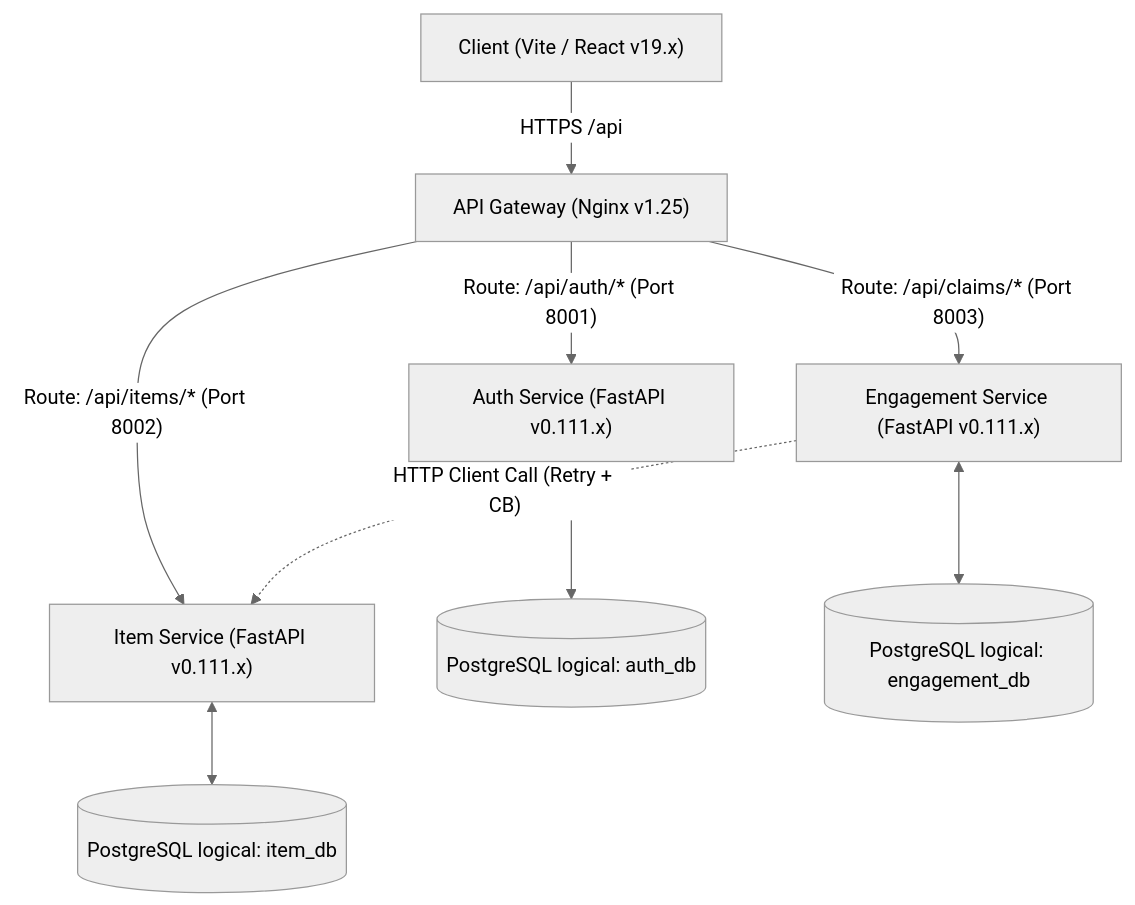
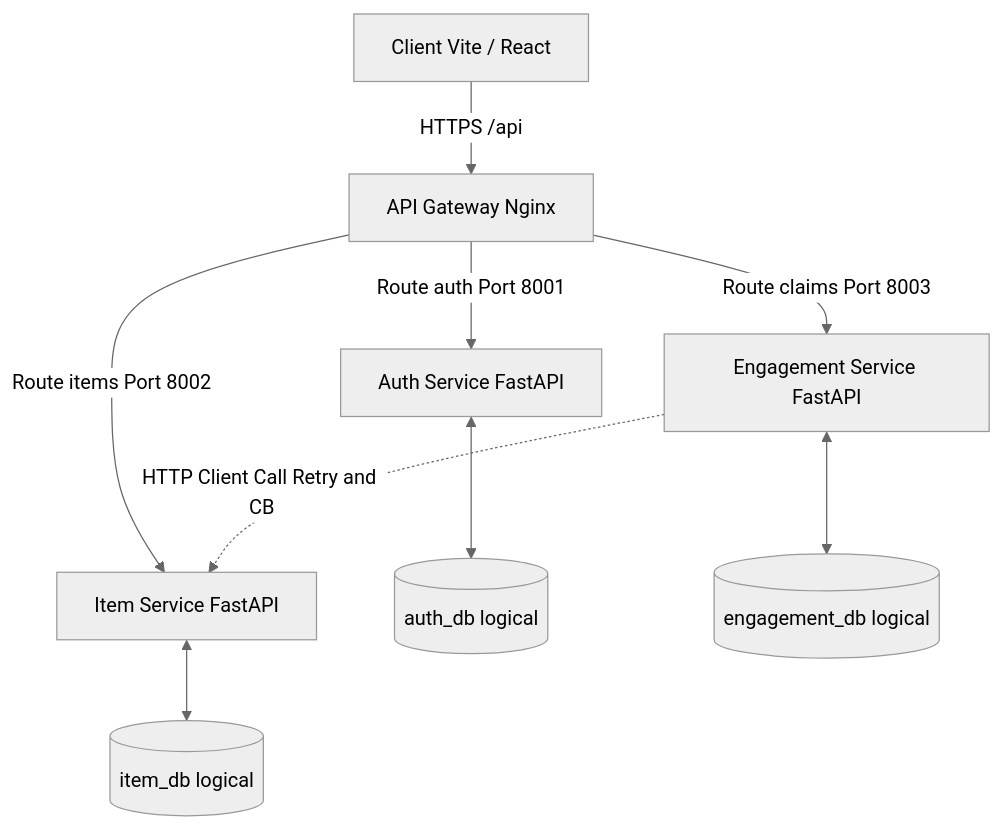
Before and after one commit to aidilsaputrakirsan-classroom/cc-kelompok-a-extraordinary: the second of 6 diagrams in README.md, drawn with Mermaid (neutral theme).

Commit message:
docs(readme): simplify mermaid diagram to foolproof syntax

````diff
--- a/README.md
+++ b/README.md
@@ -197,14 +197,14 @@
 ```mermaid
 graph TD
-    Client["Client (Vite / React v19.x)"] -->|"HTTPS /api"| Gateway["API Gateway (Nginx v1.25)"]
-    Gateway -->|"Route: /api/auth/* (Port 8001)"| AuthS["Auth Service (FastAPI v0.111.x)"]
-    Gateway -->|"Route: /api/items/* (Port 8002)"| ItemS["Item Service (FastAPI v0.111.x)"]
-    Gateway -->|"Route: /api/claims/* (Port 8003)"| EngaS["Engagement Service (FastAPI v0.111.x)"]
+    Client["Client Vite / React"] -->|HTTPS /api| Gateway["API Gateway Nginx"]
+    Gateway -->|Route auth Port 8001| AuthS["Auth Service FastAPI"]
+    Gateway -->|Route items Port 8002| ItemS["Item Service FastAPI"]
+    Gateway -->|Route claims Port 8003| EngaS["Engagement Service FastAPI"]
     
-    AuthS <--> DB_Auth[("PostgreSQL logical: auth_db")]
-    ItemS <--> DB_Item[("PostgreSQL logical: item_db")]
-    EngaS <--> DB_Enga[("PostgreSQL logical: engagement_db")]
+    AuthS <--> DB_Auth[(auth_db logical)]
+    ItemS <--> DB_Item[(item_db logical)]
+    EngaS <--> DB_Enga[(engagement_db logical)]
     
     %% Communication pattern (Sprint 7)
-    EngaS -.->|"HTTP Client Call (Retry + CB)"| ItemS
+    EngaS -.->|HTTP Client Call Retry and CB| ItemS
 ```
````
